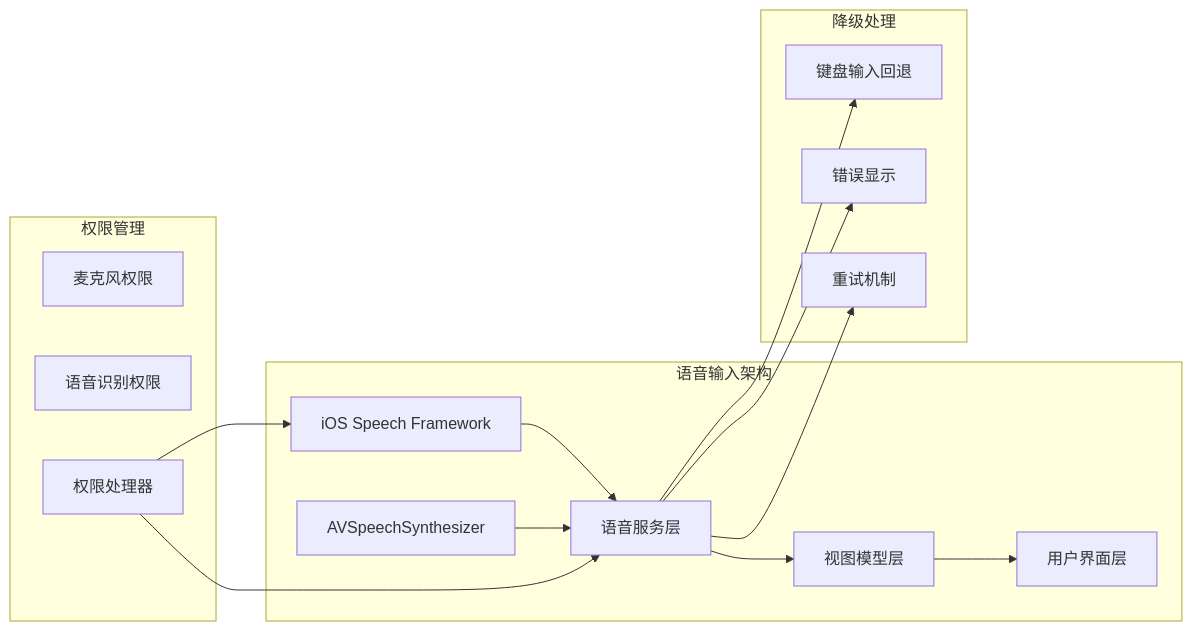
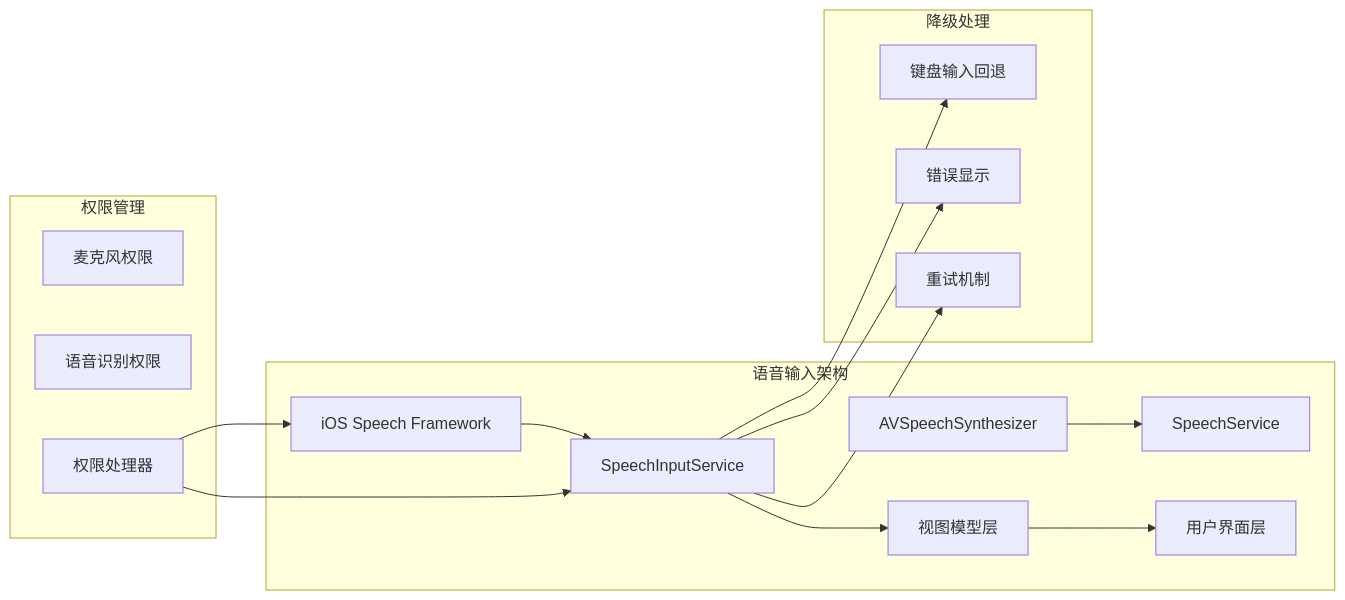
Before and after one commit to Jayden23018/blind-run-ios: the second of 7 diagrams in .qoder/repowiki/zh/content/开发指南/编码规范与最佳实践/无障碍开发规范/语音输入集成.md, drawn with Mermaid. The commit also changed other lines of this file and 14 other files, not shown here.

Commit message:
Improve blind runner booking map and speech input flows

````diff
--- a/.qoder/repowiki/zh/content/开发指南/编码规范与最佳实践/无障碍开发规范/语音输入集成.md
+++ b/.qoder/repowiki/zh/content/开发指南/编码规范与最佳实践/无障碍开发规范/语音输入集成.md
@@ -97,29 +111,30 @@
 ```mermaid
 graph LR
 subgraph "语音输入架构"
 SpeechFramework[iOS Speech Framework]
 AVSpeechSynthesizer[AVSpeechSynthesizer]
-VoiceService[语音服务层]
+SpeechInputService[SpeechInputService]
+SpeechService[SpeechService]
 ViewModel[视图模型层]
 UI[用户界面层]
 end
 subgraph "权限管理"
 MicrophonePermission[麦克风权限]
 SpeechPermission[语音识别权限]
 PermissionHandler[权限处理器]
 end
 subgraph "降级处理"
 KeyboardFallback[键盘输入回退]
 ErrorDisplay[错误显示]
 RetryMechanism[重试机制]
 end
-SpeechFramework --> VoiceService
-AVSpeechSynthesizer --> VoiceService
-VoiceService --> ViewModel
+SpeechFramework --> SpeechInputService
+AVSpeechSynthesizer --> SpeechService
+SpeechInputService --> ViewModel
 ViewModel --> UI
 PermissionHandler --> SpeechFramework
-PermissionHandler --> VoiceService
-VoiceService --> KeyboardFallback
-VoiceService --> ErrorDisplay
-VoiceService --> RetryMechanism
+PermissionHandler --> SpeechInputService
+SpeechInputService --> KeyboardFallback
+SpeechInputService --> ErrorDisplay
+SpeechInputService --> RetryMechanism
 ```
````
